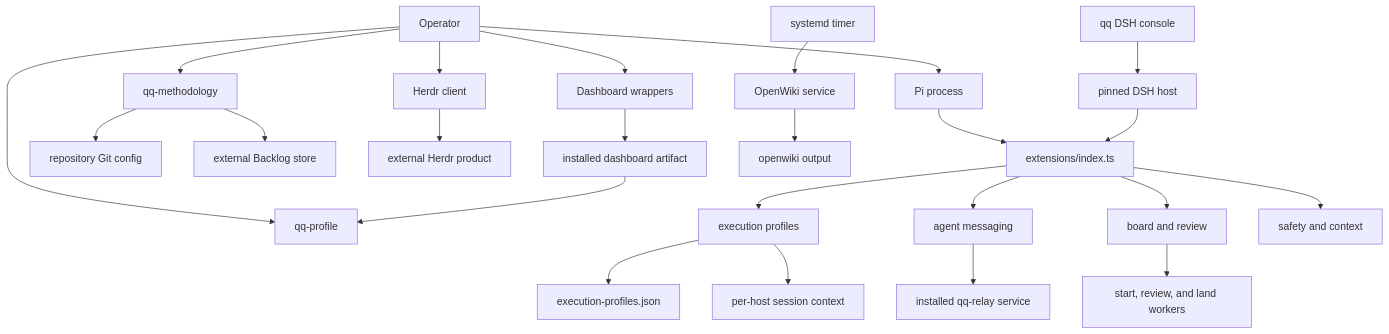
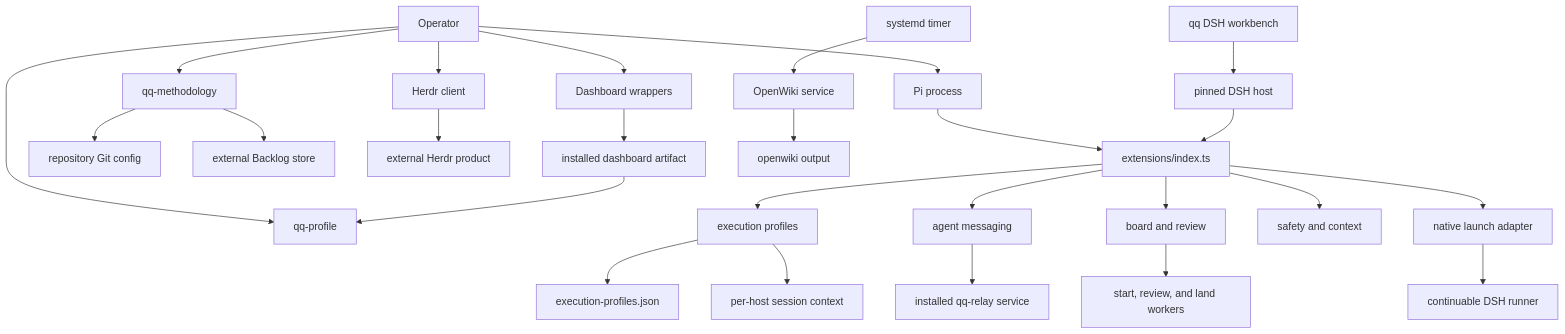
The diagram in openwiki/architecture/overview.md (hypermemetic-ai/qq), drawn with Mermaid before and after one commit. The commit also changed other lines of this file and 7 other files, not shown here.

````diff
--- a/openwiki/architecture/overview.md
+++ b/openwiki/architecture/overview.md
@@ -14,26 +14,28 @@
 ```mermaid
 flowchart TD
     Operator["Operator"] --> Pi["Pi process"]
     Operator --> ProfileCLI["qq-profile"]
     Operator --> MethodCLI["qq-methodology"]
     Operator --> HerdrClient["Herdr client"]
     Operator --> DashboardWrapper["Dashboard wrappers"]
     Pi --> Bundle["extensions/index.ts"]
     Bundle --> Profiles["execution profiles"]
     Bundle --> Messaging["agent messaging"]
     Bundle --> Workflow["board and review"]
     Bundle --> Safety["safety and context"]
     Profiles --> Policy["execution-profiles.json"]
     Profiles --> SessionContext["per-host session context"]
     Messaging --> Relay["installed qq-relay service"]
     Workflow --> Workers["start, review, and land workers"]
     MethodCLI --> GitConfig["repository Git config"]
     MethodCLI --> BacklogStore["external Backlog store"]
     HerdrClient --> HerdrServer["external Herdr product"]
     DashboardWrapper --> DashboardPackage["installed dashboard artifact"]
     DashboardPackage --> ProfileCLI
     DshHost["pinned DSH host"] --> Bundle
-    DshConsole["qq DSH console"] --> DshHost
+    Bundle --> NativeAdapter["native launch adapter"]
+    NativeAdapter --> NativeRunner["continuable DSH runner"]
+    DshConsole["qq DSH workbench"] --> DshHost
     Timer["systemd timer"] --> OpenWikiService["OpenWiki service"]
     OpenWikiService --> Generated["openwiki output"]
 ```
````
